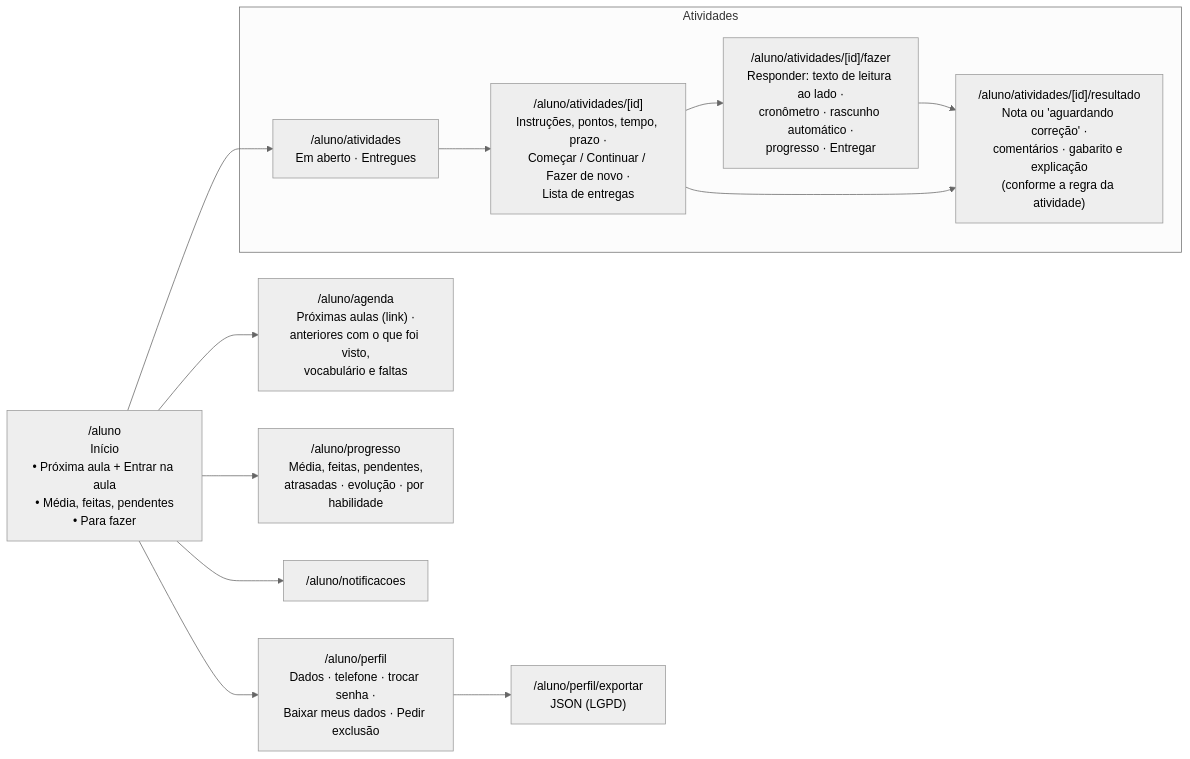
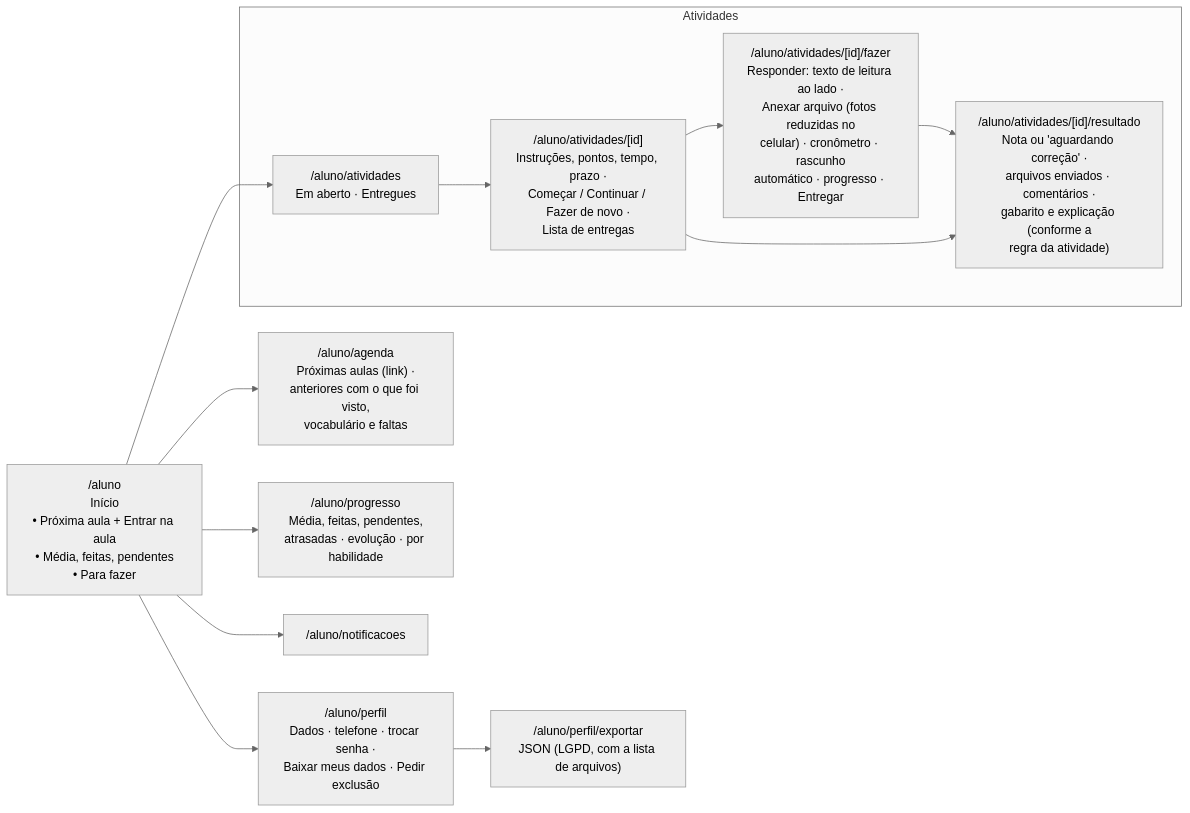
Before and after one commit to devleandrosilva99/teacher-sarah: the third of 10 diagrams in docs/DIAGRAMA.md, drawn with Mermaid (neutral theme). The commit also changed other lines of this file and 3 other files, not shown here.

First line of the commit message:
Fase 2: documentação, diagramas e relatório

````diff
--- a/docs/DIAGRAMA.md
+++ b/docs/DIAGRAMA.md
@@ -121,26 +130,26 @@
 ```mermaid
 flowchart LR
     H["/aluno<br/>Início<br/>• Próxima aula + Entrar na aula<br/>• Média, feitas, pendentes<br/>• Para fazer"]
 
     subgraph ATV["Atividades"]
         S1["/aluno/atividades<br/>Em aberto · Entregues"]
         S2["/aluno/atividades/[id]<br/>Instruções, pontos, tempo, prazo ·<br/>Começar / Continuar / Fazer de novo ·<br/>Lista de entregas"]
-        S3["/aluno/atividades/[id]/fazer<br/>Responder: texto de leitura ao lado ·<br/>cronômetro · rascunho automático ·<br/>progresso · Entregar"]
-        S4["/aluno/atividades/[id]/resultado<br/>Nota ou 'aguardando correção' ·<br/>comentários · gabarito e explicação<br/>(conforme a regra da atividade)"]
+        S3["/aluno/atividades/[id]/fazer<br/>Responder: texto de leitura ao lado ·<br/>Anexar arquivo (fotos reduzidas no<br/>celular) · cronômetro · rascunho<br/>automático · progresso · Entregar"]
+        S4["/aluno/atividades/[id]/resultado<br/>Nota ou 'aguardando correção' ·<br/>arquivos enviados · comentários ·<br/>gabarito e explicação (conforme a<br/>regra da atividade)"]
         S1 --> S2 --> S3 --> S4
         S2 --> S4
     end
 
     AG["/aluno/agenda<br/>Próximas aulas (link) ·<br/>anteriores com o que foi visto,<br/>vocabulário e faltas"]
     PG["/aluno/progresso<br/>Média, feitas, pendentes,<br/>atrasadas · evolução · por habilidade"]
     PF["/aluno/perfil<br/>Dados · telefone · trocar senha ·<br/>Baixar meus dados · Pedir exclusão"]
-    EX["/aluno/perfil/exportar<br/>JSON (LGPD)"]
+    EX["/aluno/perfil/exportar<br/>JSON (LGPD, com a lista de arquivos)"]
     NT["/aluno/notificacoes"]
 
     H --> S1
     H --> AG
     H --> PG
     H --> PF
     H --> NT
     PF --> EX
 ```
````
